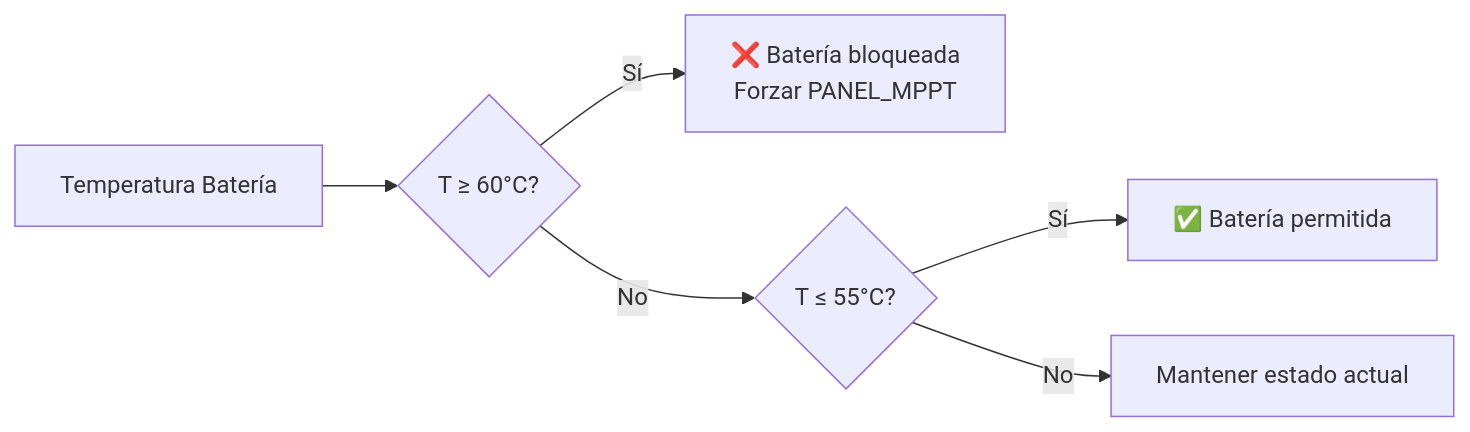
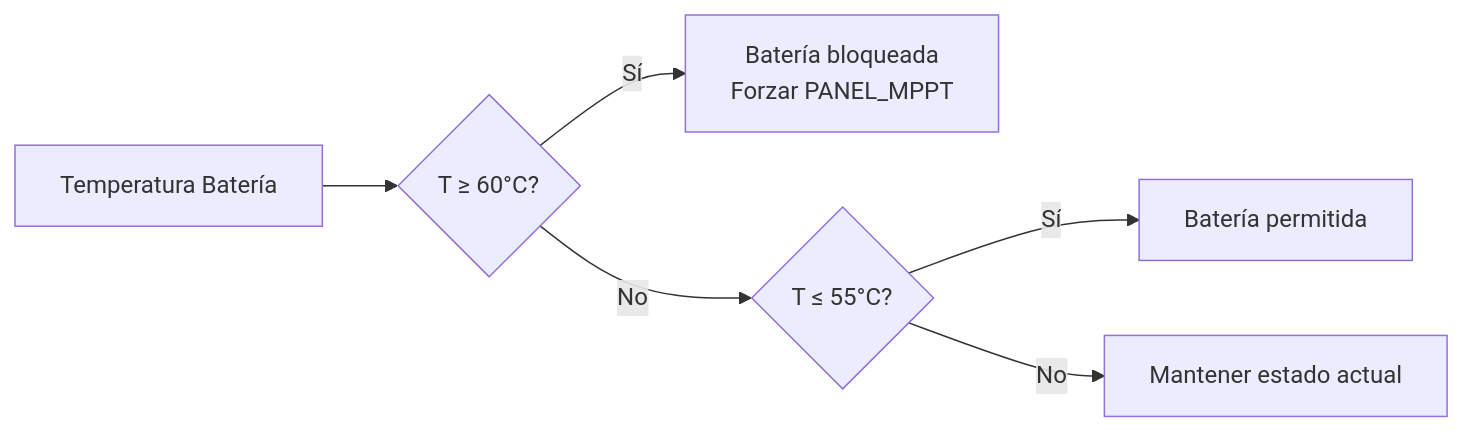
The second of 2 diagrams in docs/docs/firmware/parametros-configuracion.md (TobiasLozano/ems-visualization), drawn with Mermaid before and after one commit. The commit also changed other lines of this file and 90 other files, not shown here.

````diff
--- a/docs/docs/firmware/parametros-configuracion.md
+++ b/docs/docs/firmware/parametros-configuracion.md
@@ -72,8 +72,8 @@
 ```mermaid
 graph LR
     T["Temperatura Batería"] --> H{"T ≥ 60°C?"}
-    H -->|Sí| BLOCK["❌ Batería bloqueada<br/>Forzar PANEL_MPPT"]
+    H -->|Sí| BLOCK["Batería bloqueada<br/>Forzar PANEL_MPPT"]
     H -->|No| R{"T ≤ 55°C?"}
-    R -->|Sí| OK["✅ Batería permitida"]
+    R -->|Sí| OK["Batería permitida"]
     R -->|No| KEEP["Mantener estado actual"]
 ```
````
